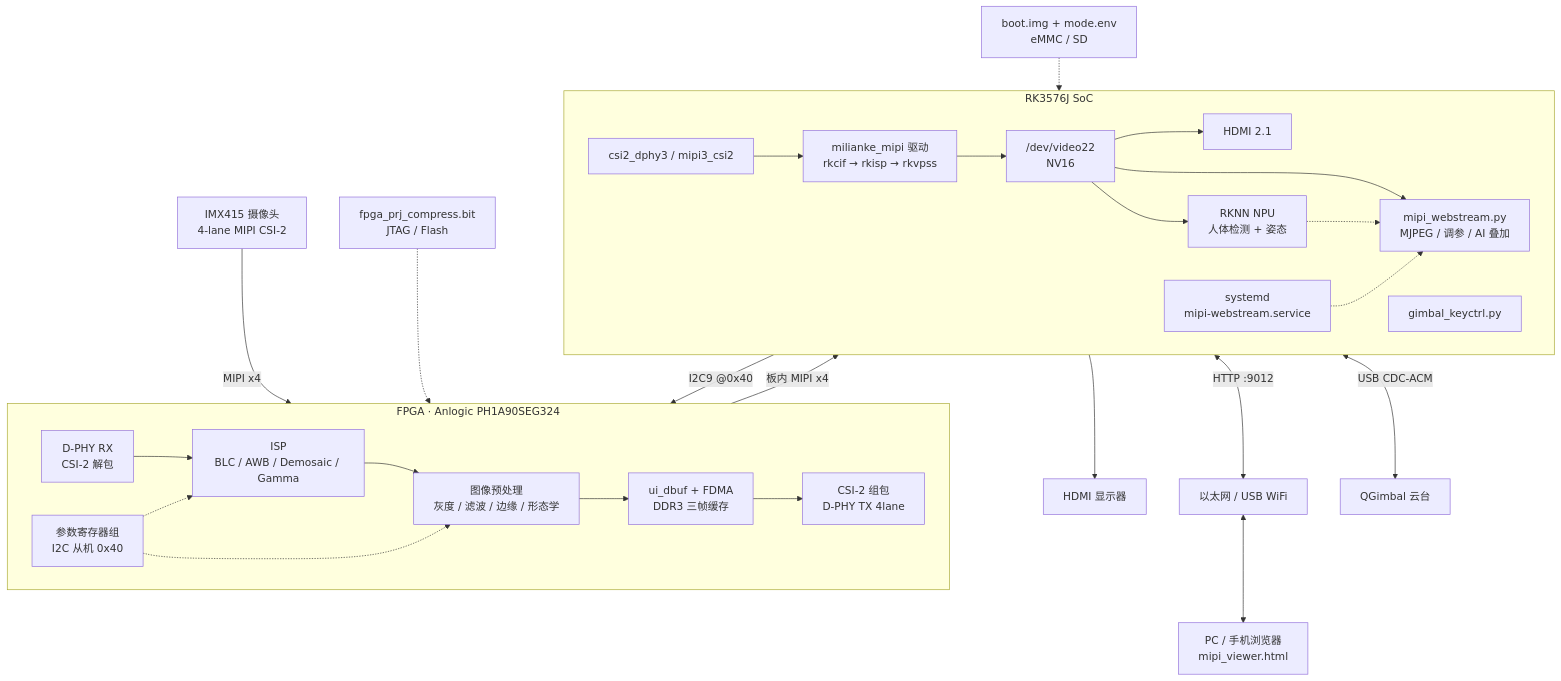
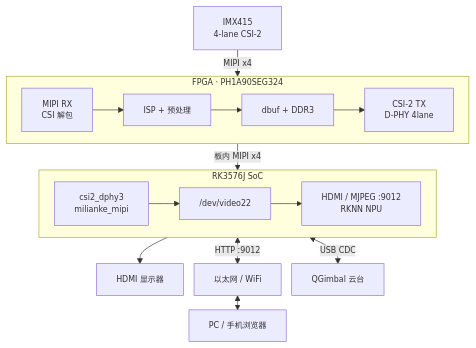
The first of 3 diagrams in README.md (SHIKE888/CPA-Cloud-Patrol-Alarm), drawn with Mermaid before and after one commit. The commit also changed other lines of this file, not shown here.

Commit message:
docs: 框图改为紧凑分组布局并去掉方向性说明文字

````diff
--- a/README.md
+++ b/README.md
@@ -117,36 +118,25 @@
 ```mermaid
+%%{init: {"themeVariables":{"fontSize":"12px"},"flowchart":{"nodeSpacing":16,"rankSpacing":22}}}%%
 flowchart TB
-    CAM["IMX415 摄像头<br/>4-lane MIPI CSI-2"]
+    CAM["IMX415<br/>4-lane CSI-2"]
 
-    subgraph FPGA["FPGA · Anlogic PH1A90SEG324"]
+    subgraph FPGA["FPGA · PH1A90SEG324"]
         direction LR
-        RX["D-PHY RX<br/>CSI-2 解包"] --> ISP["ISP<br/>BLC / AWB / Demosaic / Gamma"]
-        ISP --> PP["图像预处理<br/>灰度 / 滤波 / 边缘 / 形态学"]
-        PP --> BUF["ui_dbuf + FDMA<br/>DDR3 三帧缓存"]
-        BUF --> TX["CSI-2 组包<br/>D-PHY TX 4lane"]
-        REG["参数寄存器组<br/>I2C 从机 0x40"] -.-> ISP
-        REG -.-> PP
+        RX["MIPI RX<br/>CSI 解包"] --> ISP["ISP + 预处理"]
+        ISP --> BUF["dbuf + DDR3"]
+        BUF --> TX["CSI-2 TX<br/>D-PHY 4lane"]
     end
 
     subgraph RK["RK3576J SoC"]
         direction LR
-        CSI["csi2_dphy3 / mipi3_csi2"] --> DRV["milianke_mipi 驱动<br/>rkcif → rkisp → rkvpss"]
-        DRV --> V22["/dev/video22<br/>NV16"]
-        V22 --> HDMI["HDMI 2.1"]
-        V22 --> SVC["mipi_webstream.py<br/>MJPEG / 调参 / AI 叠加"]
-        V22 --> NPU["RKNN NPU<br/>人体检测 + 姿态"]
-        NPU -.-> SVC
-        GCTRL["gimbal_keyctrl.py"]
-        SYS["systemd<br/>mipi-webstream.service"] -.-> SVC
+        CSI["csi2_dphy3<br/>milianke_mipi"] --> V22["/dev/video22"]
+        V22 --> OUT["HDMI / MJPEG :9012<br/>RKNN NPU"]
     end
 
-    CAM -->|MIPI x4| RX
-    TX -->|板内 MIPI x4| CSI
-    HDMI --> DISP["HDMI 显示器"]
-    SVC <-->|HTTP :9012| NET["以太网 / USB WiFi"]
-    NET <--> CLIENT["PC / 手机浏览器<br/>mipi_viewer.html"]
-    SVC -->|I2C9 @0x40| REG
-    GCTRL <-->|USB CDC-ACM| GIM["QGimbal 云台"]
-    BIT["fpga_prj_compress.bit<br/>JTAG / Flash"] -.-> FPGA
-    BOOT["boot.img + mode.env<br/>eMMC / SD"] -.-> RK
+    CAM -->|MIPI x4| FPGA
+    FPGA -->|板内 MIPI x4| RK
+    RK --> DISP["HDMI 显示器"]
+    RK <-->|HTTP :9012| NET["以太网 / WiFi"]
+    NET <--> CLIENT["PC / 手机浏览器"]
+    RK <-->|USB CDC| GIM["QGimbal 云台"]
 ```
````
